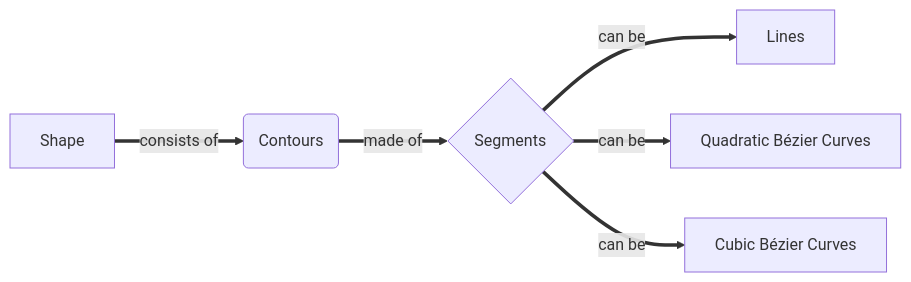
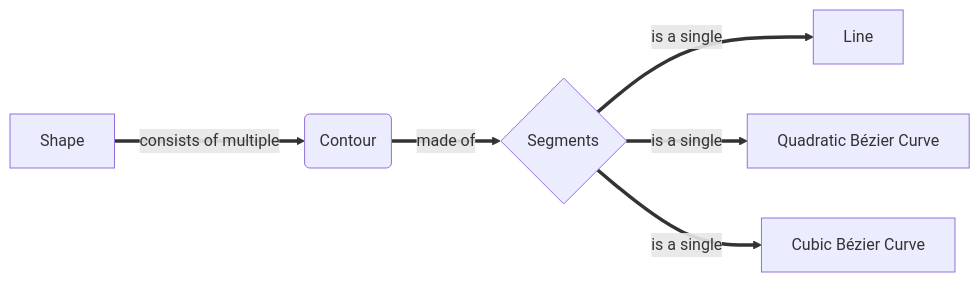
One commit to Blatko1/msdfont changed the diagram in docs/algorithm.md. Above: the diagram before and after it, drawn with Mermaid. The commit also changed other lines of this file and 1 other file, not shown here.

````diff
--- a/docs/algorithm.md
+++ b/docs/algorithm.md
@@ -35,8 +40,8 @@
 ```mermaid 
 flowchart LR
-A[Shape] ==>|consists of| B(Contours)
+A[Shape] ==>|consists of multiple| B(Contour)
 B ==>|made of| C{Segments}
-C ==>|can be| D[Lines]
-C ==>|can be| E[Quadratic Bézier Curves]
-C ==>|can be| F[Cubic Bézier Curves]
+C ==>|is a single| D[Line]
+C ==>|is a single| E[Quadratic Bézier Curve]
+C ==>|is a single| F[Cubic Bézier Curve]
 ```
````
